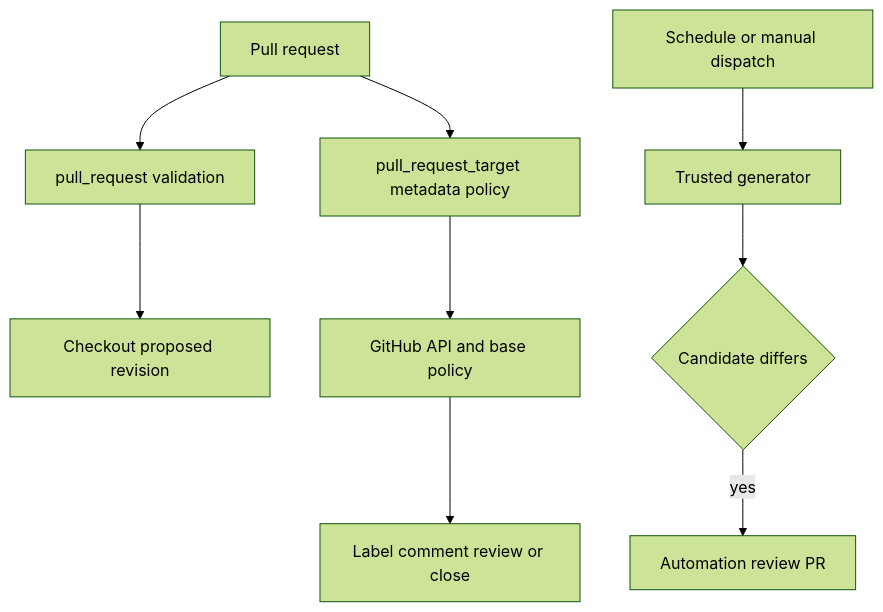
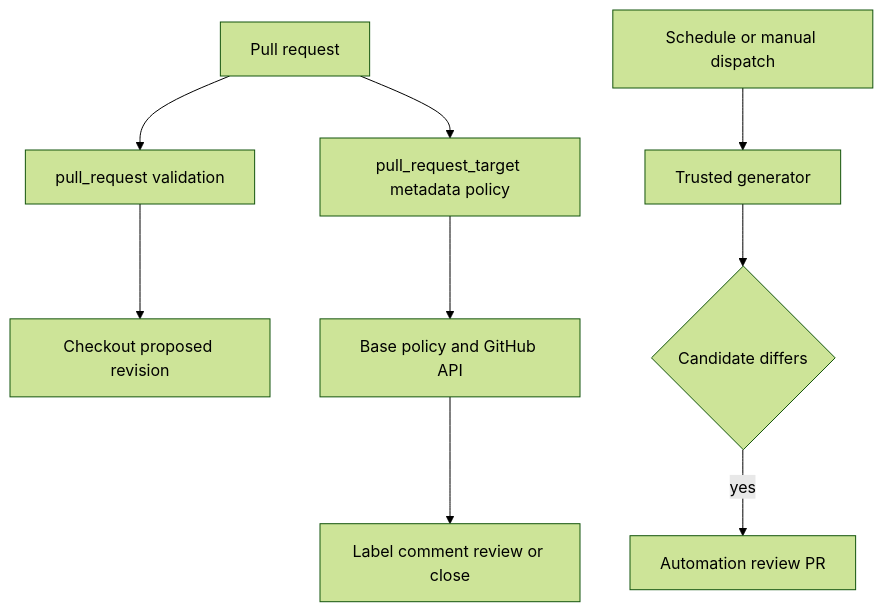
One commit to langchain-ai/docs changed the first of 3 diagrams in openwiki/integrations/github-actions.md. Above: the diagram before and after it, drawn with Mermaid (forest theme). The commit also changed other lines of this file and 25 other files, not shown here.

````diff
--- a/openwiki/integrations/github-actions.md
+++ b/openwiki/integrations/github-actions.md
@@ -51,11 +63,11 @@
 ```mermaid
 flowchart TD
   Pull["Pull request"] --> Validate["pull_request validation"]
-  Pull --> Target["pull_request_target metadata policy"]
-  Validate --> Check["Checkout proposed revision"]
-  Target --> API["GitHub API and base policy"]
+  Pull --> Metadata["pull_request_target metadata policy"]
+  Validate --> Checkout["Checkout proposed revision"]
+  Metadata --> API["Base policy and GitHub API"]
   API --> Mutate["Label comment review or close"]
-  Schedule["Schedule or manual dispatch"] --> Writer["Trusted generator"]
+  Trigger["Schedule or manual dispatch"] --> Writer["Trusted generator"]
   Writer --> Diff{"Candidate differs"}
   Diff -->|"yes"| Review["Automation review PR"]
 ```
````
